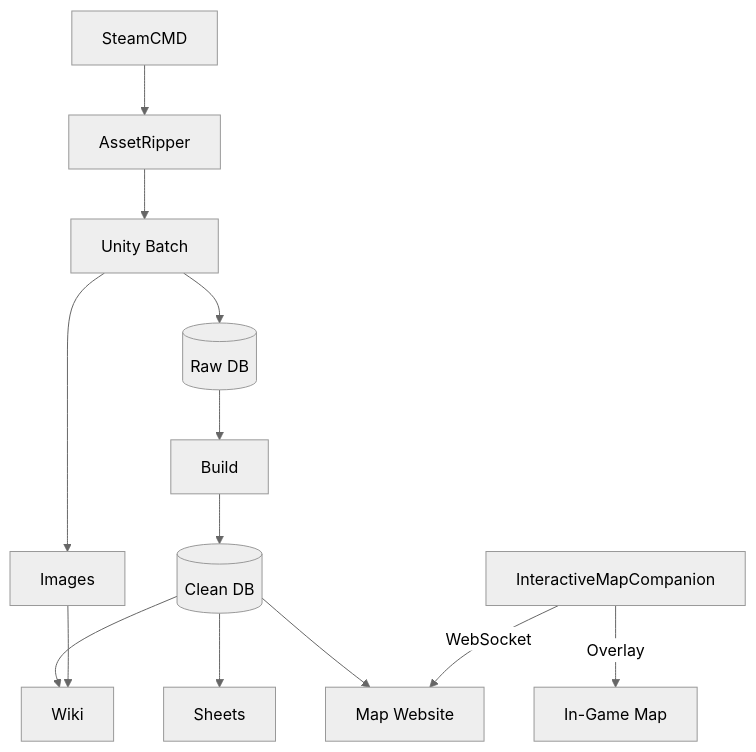
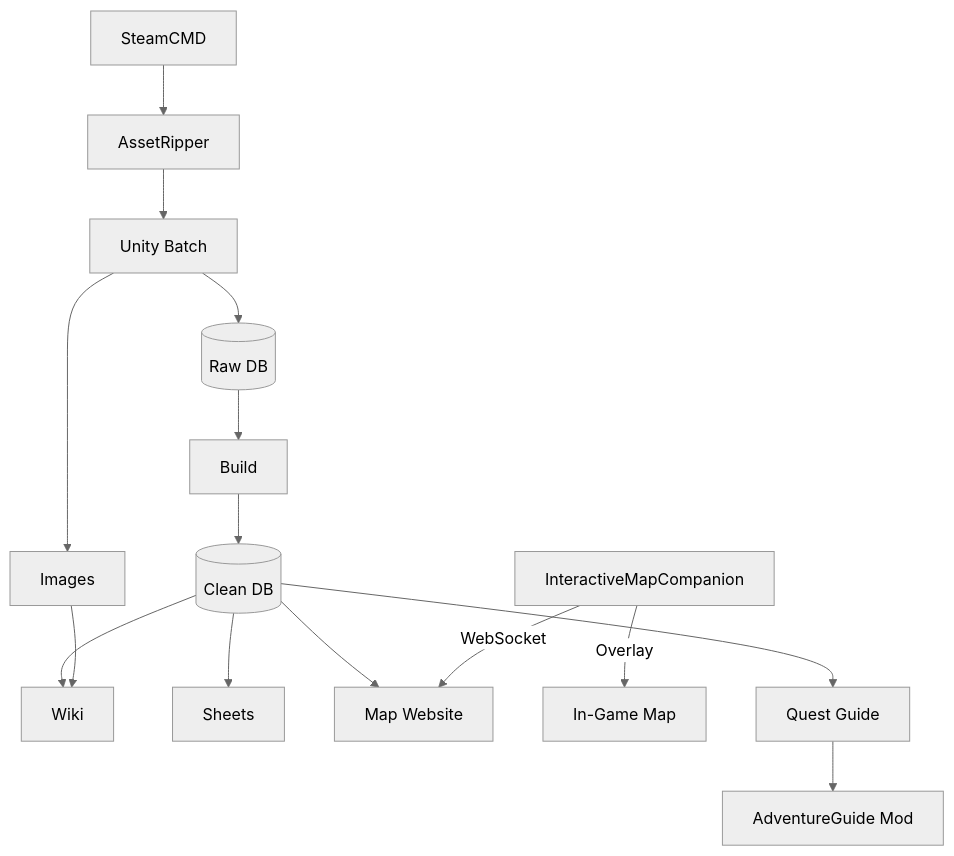
Before and after one commit to glockyco/erenshor-data-mining: the diagram in README.md, drawn with Mermaid (neutral theme). The commit also changed other lines of this file, not shown here.

First line of the commit message:
docs: update root README with AdventureGuide, quest guide pipeline, and CLI table

````diff
--- a/README.md
+++ b/README.md
@@ -57,15 +58,17 @@
 ```mermaid
 graph TD
     S[SteamCMD] --> A[AssetRipper]
     A --> U[Unity Batch]
     U --> R[(Raw DB)]
     U --> I[Images]
     R --> B[Build]
     B --> C[(Clean DB)]
     C --> W[Wiki]
     C --> Sh[Sheets]
     C --> M[Map Website]
     I --> W
     Mod[InteractiveMapCompanion] -->|WebSocket| M
     Mod -->|Overlay| G[In-Game Map]
+    C --> QG[Quest Guide]
+    QG --> AG[AdventureGuide Mod]
 ```
````
